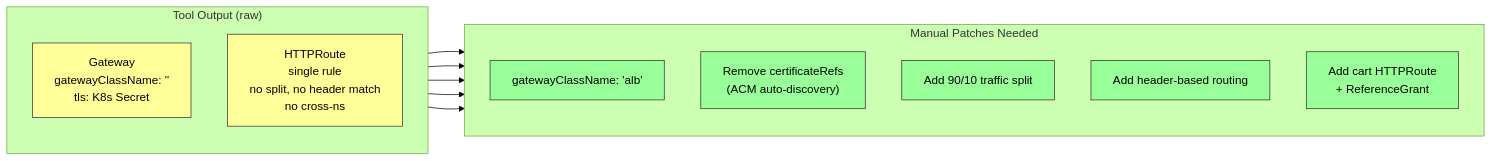
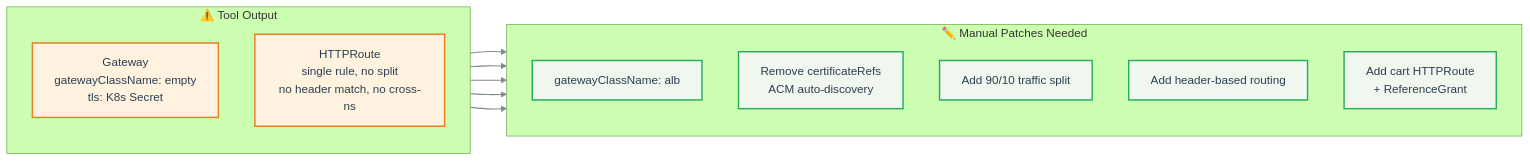
The second of 3 diagrams in docs/labs/lab-01-nginx-migration.md (DKT-AI/gateway-api-migration-demo), drawn with Mermaid (forest theme) before and after one commit. The commit also changed other lines of this file and 4 other files, not shown here.

First line of the commit message:
Style all mermaid diagrams with ocean palette for GitHub

````diff
--- a/docs/labs/lab-01-nginx-migration.md
+++ b/docs/labs/lab-01-nginx-migration.md
@@ -107,31 +115,30 @@
 ```mermaid
-graph LR
-    subgraph "Tool Output (raw)"
+flowchart LR
+    subgraph Raw["⚠️ Tool Output"]
         direction TB
-        G1["Gateway<br/>gatewayClassName: ''<br/>tls: K8s Secret"]
-        H1["HTTPRoute<br/>single rule<br/>no split, no header match<br/>no cross-ns"]
+        G1["Gateway<br/>gatewayClassName: empty<br/>tls: K8s Secret"]
+        H1["HTTPRoute<br/>single rule, no split<br/>no header match, no cross-ns"]
     end
 
-    subgraph "Manual Patches Needed"
+    subgraph Patches["✏️ Manual Patches Needed"]
         direction TB
-        P1["gatewayClassName: 'alb'"]
-        P2["Remove certificateRefs<br/>(ACM auto-discovery)"]
+        P1["gatewayClassName: alb"]
+        P2["Remove certificateRefs<br/>ACM auto-discovery"]
         P3["Add 90/10 traffic split"]
         P4["Add header-based routing"]
         P5["Add cart HTTPRoute<br/>+ ReferenceGrant"]
     end
 
     G1 --> P1
     G1 --> P2
     H1 --> P3
     H1 --> P4
     H1 --> P5
 
-    style G1 fill:#ff9,stroke:#333
-    style H1 fill:#ff9,stroke:#333
-    style P1 fill:#9f9,stroke:#333
-    style P2 fill:#9f9,stroke:#333
-    style P3 fill:#9f9,stroke:#333
-    style P4 fill:#9f9,stroke:#333
-    style P5 fill:#9f9,stroke:#333
+    classDef accent fill:#FFF3E0,stroke:#E67E22,stroke-width:2px,color:#2C3E50
+    classDef secondary fill:#F0F7EE,stroke:#27AE60,stroke-width:2px,color:#2C3E50
+    linkStyle default stroke:#7F8C8D,stroke-width:1.5px
+
+    class G1,H1 accent
+    class P1,P2,P3,P4,P5 secondary
 ```
````
